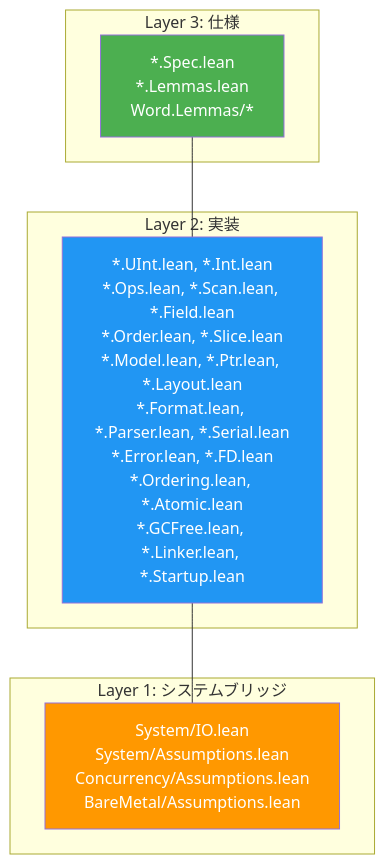
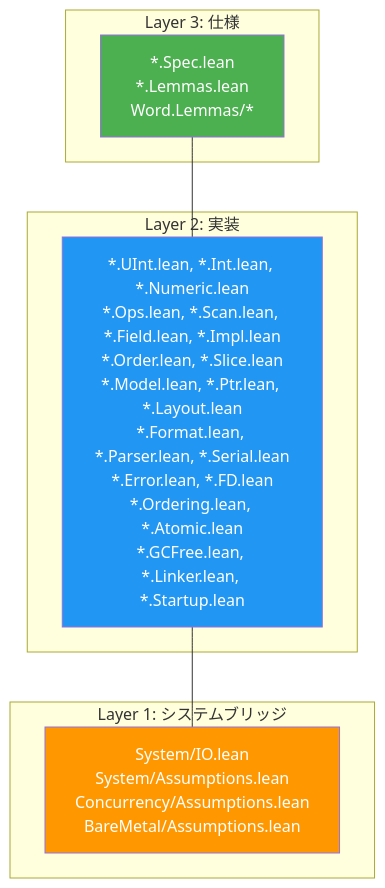
Before and after one commit to Provenance-Works/Radix: the diagram in docs/ja/development/project-structure.md, drawn with Mermaid. The commit also changed 22 other files, not shown here.

````diff
--- a/docs/ja/development/project-structure.md
+++ b/docs/ja/development/project-structure.md
@@ -54,17 +54,17 @@
 ```mermaid
 graph TD
     subgraph "Layer 3: 仕様"
         Spec["*.Spec.lean<br/>*.Lemmas.lean<br/>Word.Lemmas/*"]
     end
     subgraph "Layer 2: 実装"
-        Impl["*.UInt.lean, *.Int.lean<br/>*.Ops.lean, *.Scan.lean, *.Field.lean<br/>*.Order.lean, *.Slice.lean<br/>*.Model.lean, *.Ptr.lean, *.Layout.lean<br/>*.Format.lean, *.Parser.lean, *.Serial.lean<br/>*.Error.lean, *.FD.lean<br/>*.Ordering.lean, *.Atomic.lean<br/>*.GCFree.lean, *.Linker.lean, *.Startup.lean"]
+        Impl["*.UInt.lean, *.Int.lean, *.Numeric.lean<br/>*.Ops.lean, *.Scan.lean, *.Field.lean, *.Impl.lean<br/>*.Order.lean, *.Slice.lean<br/>*.Model.lean, *.Ptr.lean, *.Layout.lean<br/>*.Format.lean, *.Parser.lean, *.Serial.lean<br/>*.Error.lean, *.FD.lean<br/>*.Ordering.lean, *.Atomic.lean<br/>*.GCFree.lean, *.Linker.lean, *.Startup.lean"]
     end
     subgraph "Layer 1: システムブリッジ"
         Bridge["System/IO.lean<br/>System/Assumptions.lean<br/>Concurrency/Assumptions.lean<br/>BareMetal/Assumptions.lean"]
     end
     Spec --- Impl
     Impl --- Bridge
     style Spec fill:#4CAF50,color:white
     style Impl fill:#2196F3,color:white
     style Bridge fill:#FF9800,color:white
 ```
````
